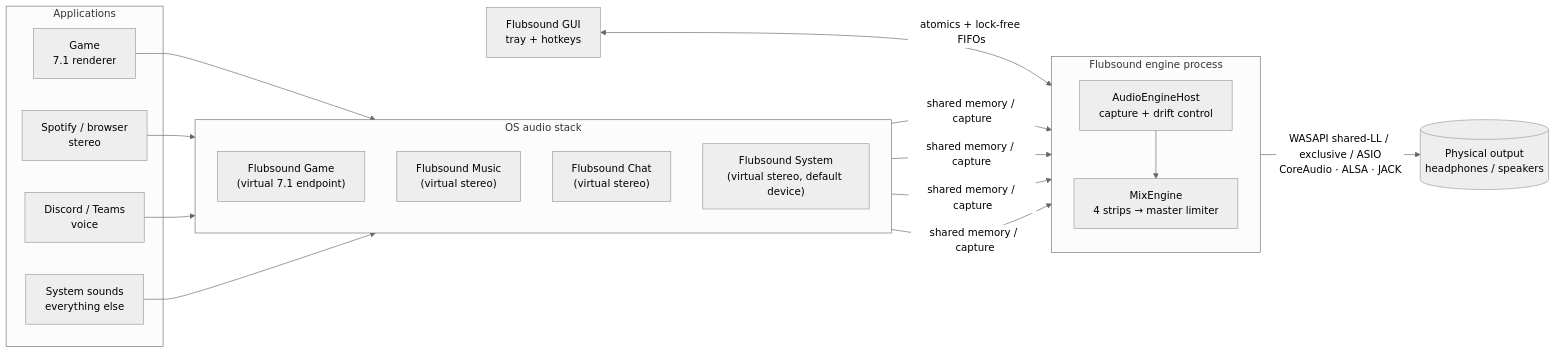
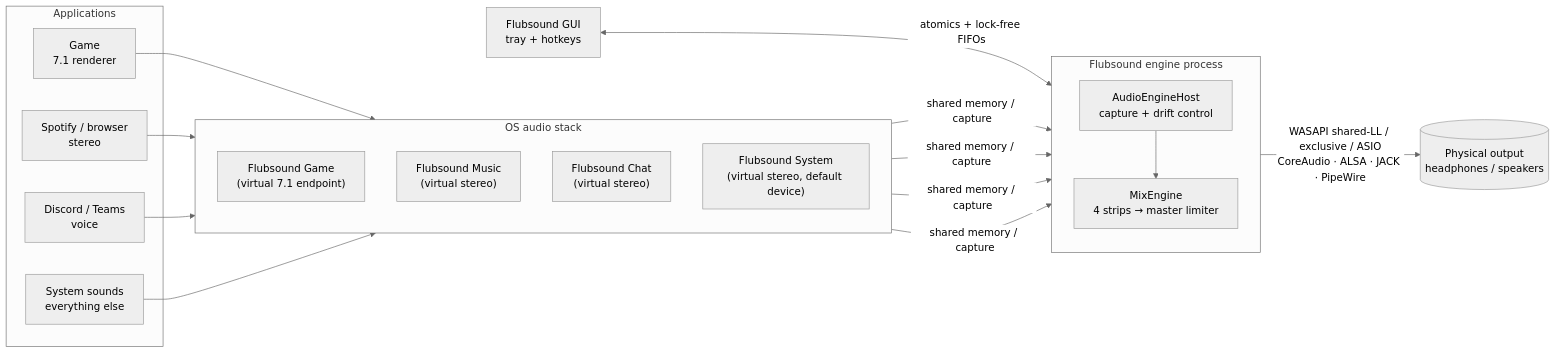
One commit to flubydooby-creator/Flubsound changed the first of 4 diagrams in docs/01-architecture.md. Above: the diagram before and after it, drawn with Mermaid (neutral theme). The commit also changed other lines of this file and 30 other files, not shown here.

````diff
--- a/docs/01-architecture.md
+++ b/docs/01-architecture.md
@@ -15,33 +15,33 @@
 ```mermaid
 flowchart LR
     subgraph Apps["Applications"]
         G[Game<br/>7.1 renderer]
         M[Spotify / browser<br/>stereo]
         C[Discord / Teams<br/>voice]
         S[System sounds<br/>everything else]
     end
 
     subgraph OS["OS audio stack"]
         direction TB
         E1["Flubsound Game<br/>(virtual 7.1 endpoint)"]
         E2["Flubsound Music<br/>(virtual stereo)"]
         E3["Flubsound Chat<br/>(virtual stereo)"]
         E4["Flubsound System<br/>(virtual stereo, default device)"]
     end
 
     subgraph FS["Flubsound engine process"]
         direction TB
         H[AudioEngineHost<br/>capture + drift control]
         MX[MixEngine<br/>4 strips → master limiter]
     end
 
     DAC[(Physical output<br/>headphones / speakers)]
     UI[Flubsound GUI<br/>tray + hotkeys]
 
     G --> E1
     M --> E2
     C --> E3
     S --> E4
-    E1 & E2 & E3 & E4 -->|shared memory / capture| H --> MX -->|WASAPI shared-LL / exclusive / ASIO<br/>CoreAudio · ALSA · JACK| DAC
+    E1 & E2 & E3 & E4 -->|shared memory / capture| H --> MX -->|WASAPI shared-LL / exclusive / ASIO<br/>CoreAudio · ALSA · JACK · PipeWire| DAC
     UI <-->|atomics + lock-free FIFOs| MX
 ```
````
